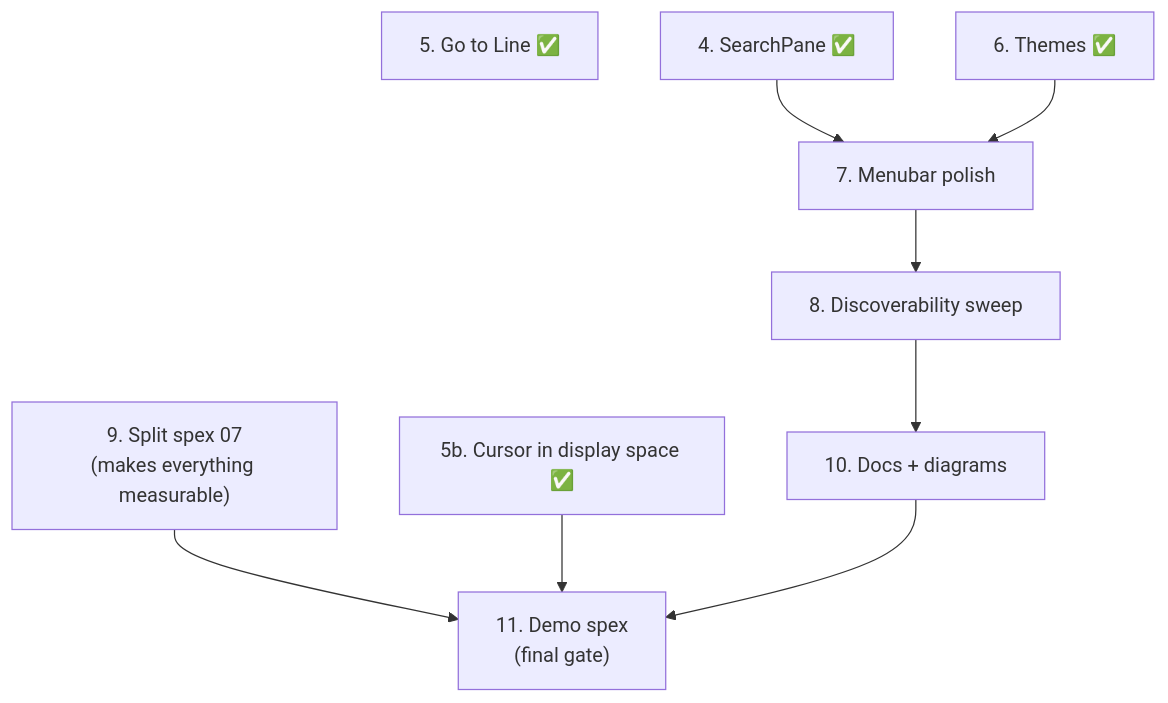
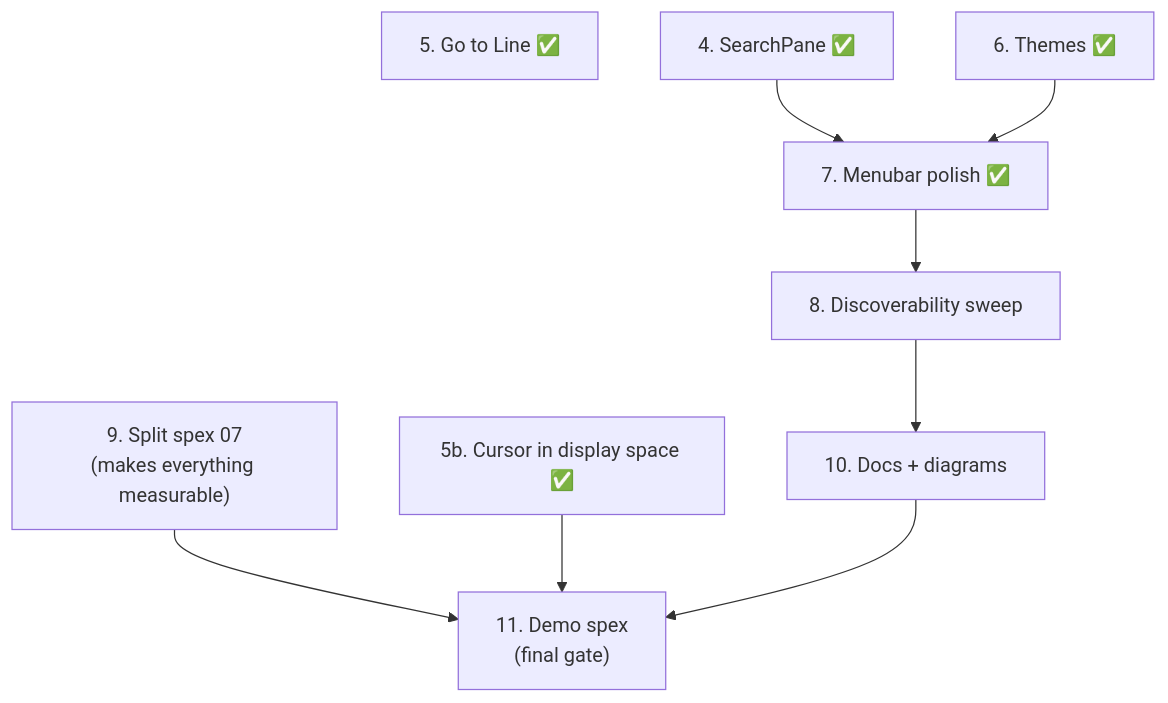
The first of 2 diagrams in docs/ROADMAP_1.0.md (JediLuke/quillex), drawn with Mermaid before and after one commit. The commit also changed other lines of this file and 5 other files, not shown here.

````diff
--- a/docs/ROADMAP_1.0.md
+++ b/docs/ROADMAP_1.0.md
@@ -609,11 +635,11 @@
 ```mermaid
 flowchart TB
     S5["5. Go to Line ✅"]
     S9["9. Split spex 07<br/>(makes everything measurable)"] --> S11
     S4["4. SearchPane ✅"] --> S7["7. Menubar polish"]
     S5b["5b. Cursor in display space ✅"] --> S11
     S6["6. Themes ✅"] --> S7
-    S7 --> S8["8. Discoverability sweep"]
+    S7["7. Menubar polish ✅"] --> S8["8. Discoverability sweep"]
     S8 --> S10["10. Docs + diagrams"]
     S10 --> S11["11. Demo spex<br/>(final gate)"]
 ```
````
